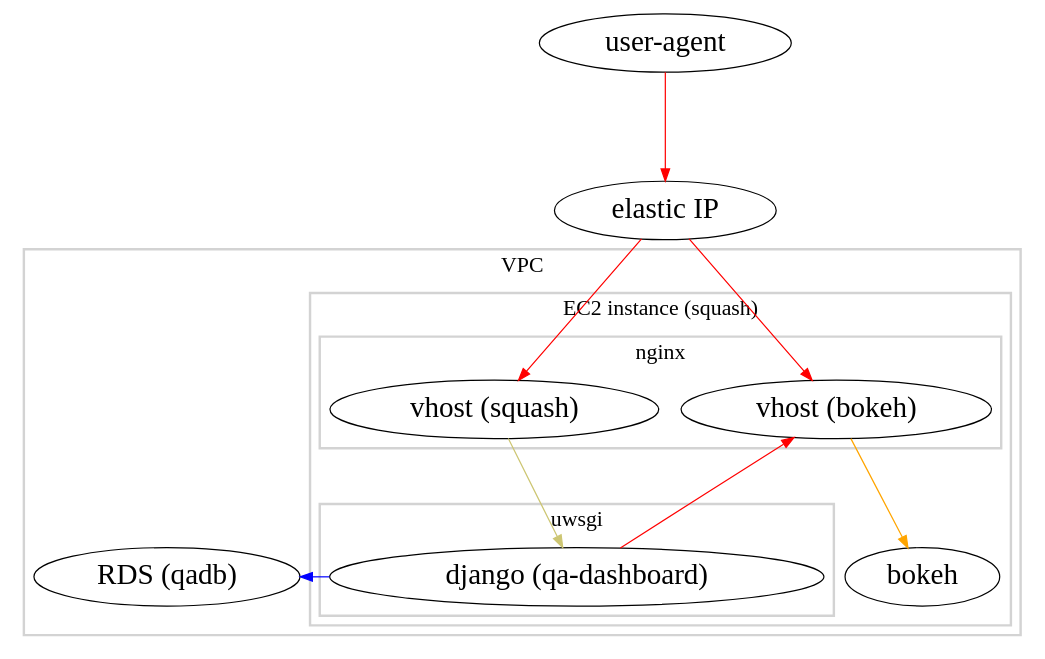
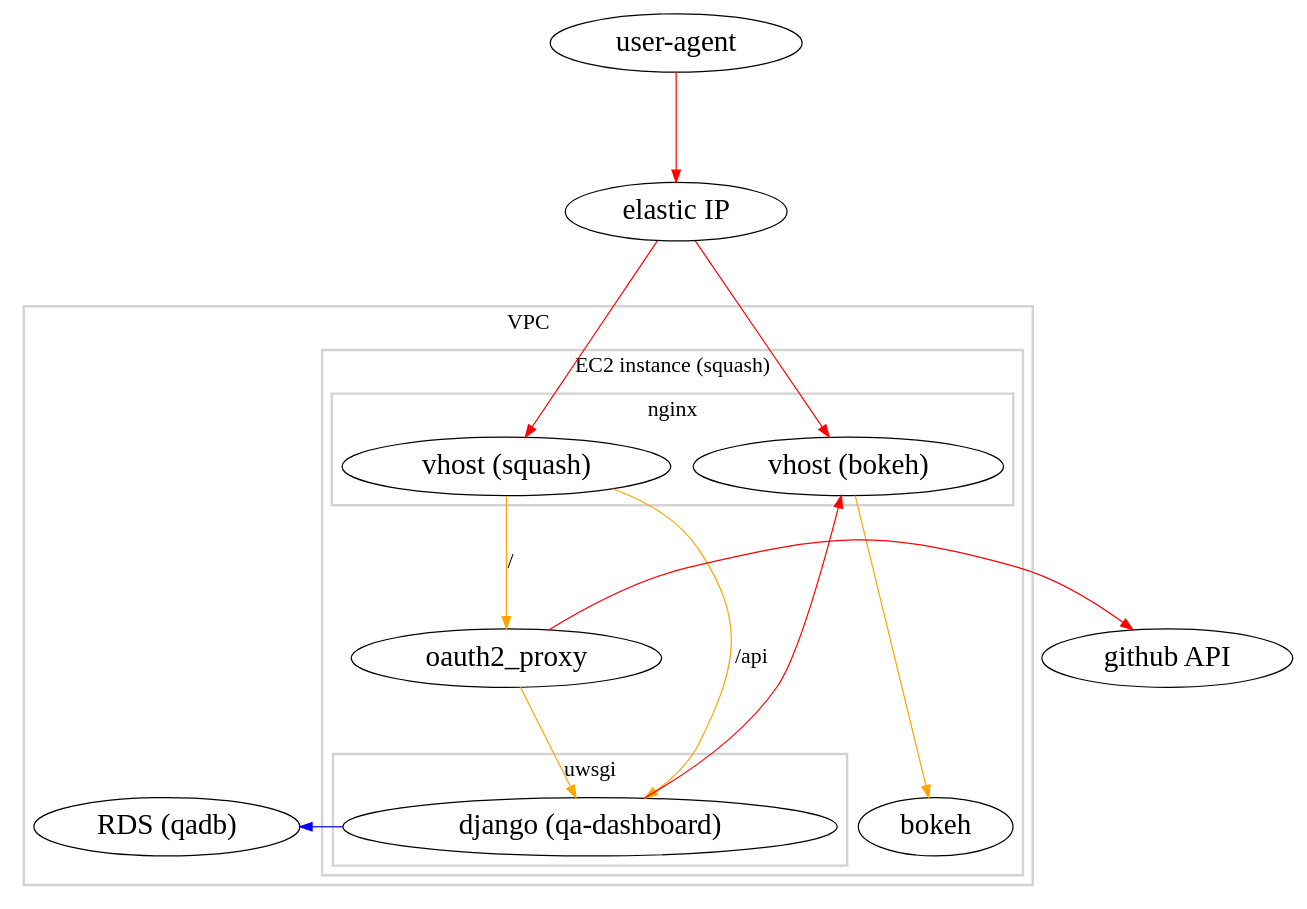
One commit to lsst-sqre/deploy-jenkins changed the diagram in docs/aws_squash.dot. Above: the diagram before and after it, drawn with Graphviz.

Commit message:
add oauth2_proxy to squash graphviz diagram

```diff
--- a/docs/aws_squash.dot
+++ b/docs/aws_squash.dot
@@ -1,73 +1,78 @@
 digraph top {
 //  dpi=100
   ranksep=1.25
   rankdir=TB
   overlap=false
   clusterrank=local
   newrank=true
 
   {
     node [shape=ellipse fontsize=24 style=filled fillcolor=white]
     ua [label="user-agent"]
     eip [label="elastic IP"]
     squash_vhost [label="vhost (squash)"]
     bokeh_vhost [label="vhost (bokeh)"]
     bokeh [label="bokeh"]
     rds [label="RDS (qadb)"]
     django [label="django (qa-dashboard)"]
+    oauth2_proxy [label="oauth2_proxy"]
+    github [label="github API"]
   }
 
   color=lightgrey
   fontsize=18
   style=bold
 
   ua
   eip
 
   subgraph cluster_0 {
     label="VPC"
 
     subgraph cluster_1 {
       label="EC2 instance (squash)"
 
       subgraph cluster_2 {
         label="nginx"
 
         squash_vhost
         bokeh_vhost
       }
 
       subgraph cluster_3 {
         label="uwsgi"
 
         django
       }
 
+      oauth2_proxy
       bokeh
     }
 
     rds
 
   }
   { rank=same; rds django bokeh }
+  { rank=same; oauth2_proxy github }
+  { rank=same; squash_vhost bokeh_vhost }
 
   // https
   edge [color=red]
   ua -> eip
   eip -> squash_vhost
   eip -> bokeh_vhost
   django -> bokeh_vhost
+  oauth2_proxy -> github
 
   // http
   edge [color=orange]
   bokeh_vhost -> bokeh
+  squash_vhost -> django [fontsize=18 label="/api"]
+  squash_vhost -> oauth2_proxy [fontsize=18 label="/"]
+  oauth2_proxy -> django
 
   // mysql
   edge [color=blue]
   //django -> rds [constraint=false]
   django -> rds
-
-  // uwsgi
-  edge [color=khaki3]
-  squash_vhost -> django
 }
```
